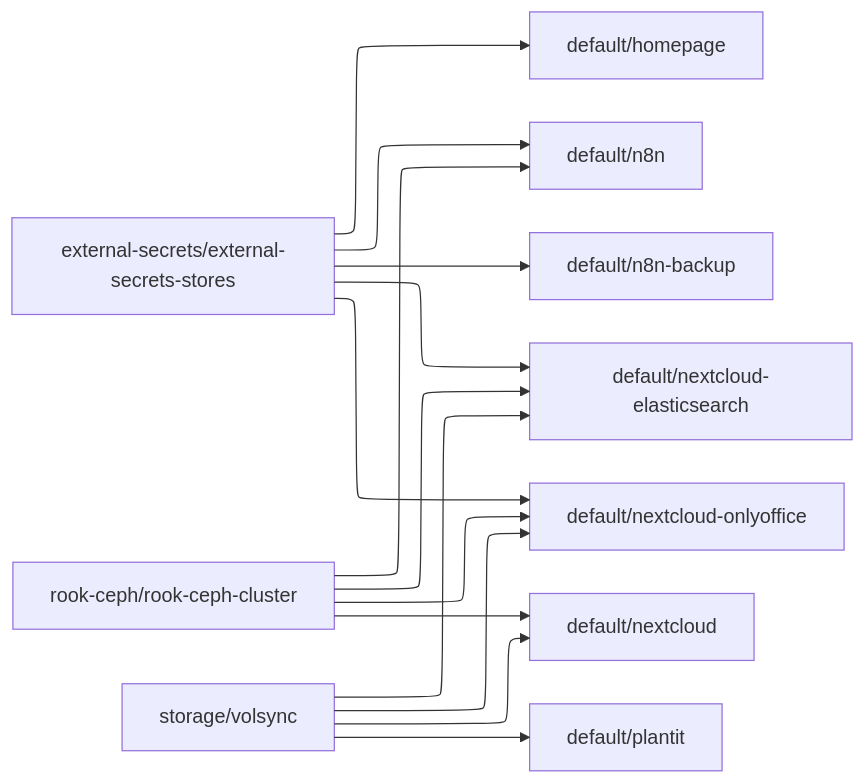
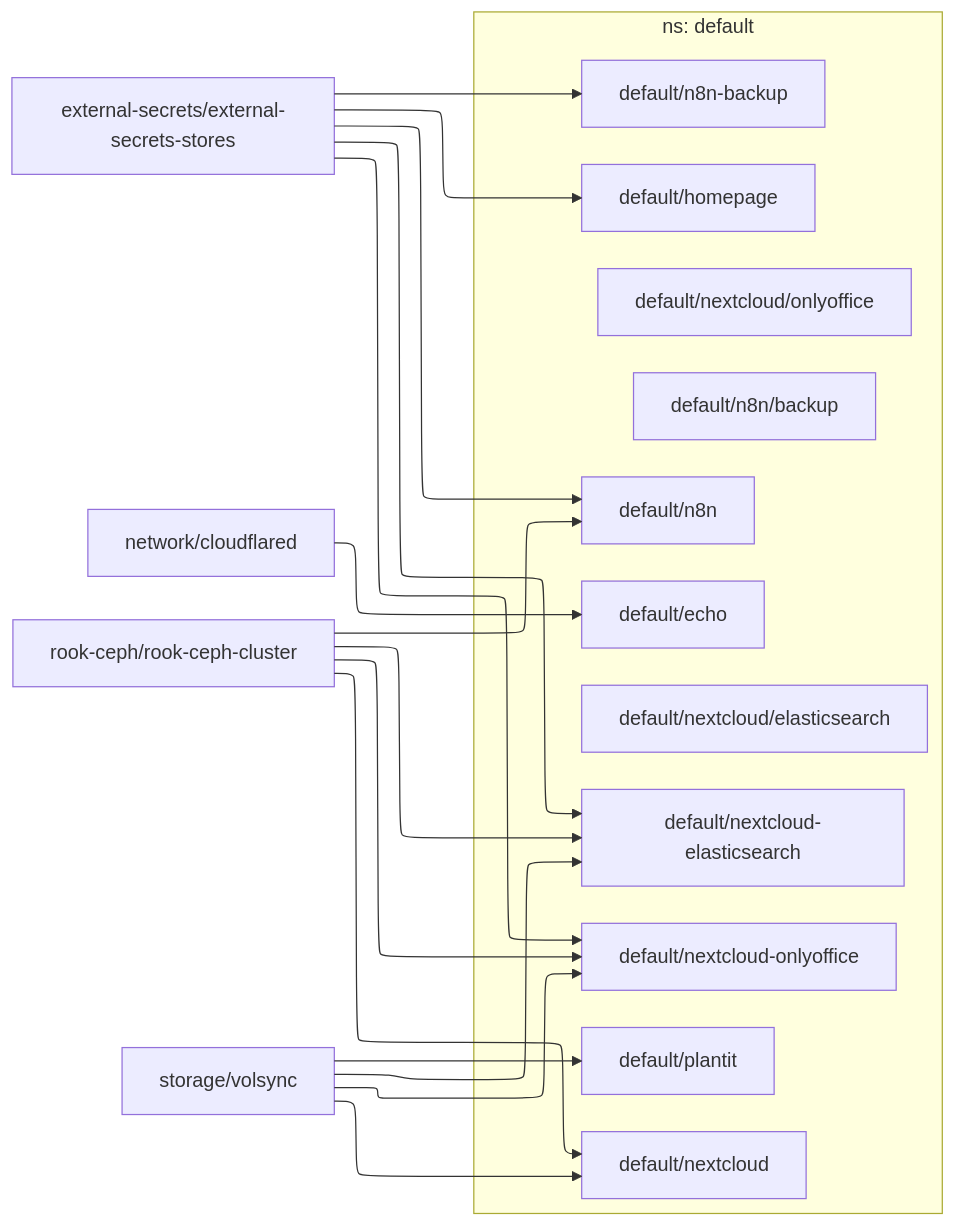
The diagram in dependencies/DEPENDENCIES-default.md (roblandry/home-ops), drawn with Mermaid before and after one commit. The commit also changed 23 other files, not shown here.

````diff
--- a/dependencies/DEPENDENCIES-default.md
+++ b/dependencies/DEPENDENCIES-default.md
@@ -1,21 +1,35 @@
 ```mermaid
 ---
 config:
   layout: elk
 ---
 flowchart LR
 
+  subgraph "ns: default"
+    default/echo
+    default/homepage
+    default/n8n
+    default/n8n-backup
+    default/n8n/backup
+    default/nextcloud
+    default/nextcloud-elasticsearch
+    default/nextcloud-onlyoffice
+    default/nextcloud/elasticsearch
+    default/nextcloud/onlyoffice
+    default/plantit
+  end
   external-secrets/external-secrets-stores --> default/homepage
   external-secrets/external-secrets-stores --> default/n8n
   external-secrets/external-secrets-stores --> default/n8n-backup
   external-secrets/external-secrets-stores --> default/nextcloud-elasticsearch
   external-secrets/external-secrets-stores --> default/nextcloud-onlyoffice
+  network/cloudflared --> default/echo
   rook-ceph/rook-ceph-cluster --> default/n8n
   rook-ceph/rook-ceph-cluster --> default/nextcloud
   rook-ceph/rook-ceph-cluster --> default/nextcloud-elasticsearch
   rook-ceph/rook-ceph-cluster --> default/nextcloud-onlyoffice
   storage/volsync --> default/nextcloud
   storage/volsync --> default/nextcloud-elasticsearch
   storage/volsync --> default/nextcloud-onlyoffice
   storage/volsync --> default/plantit
 ```
````
